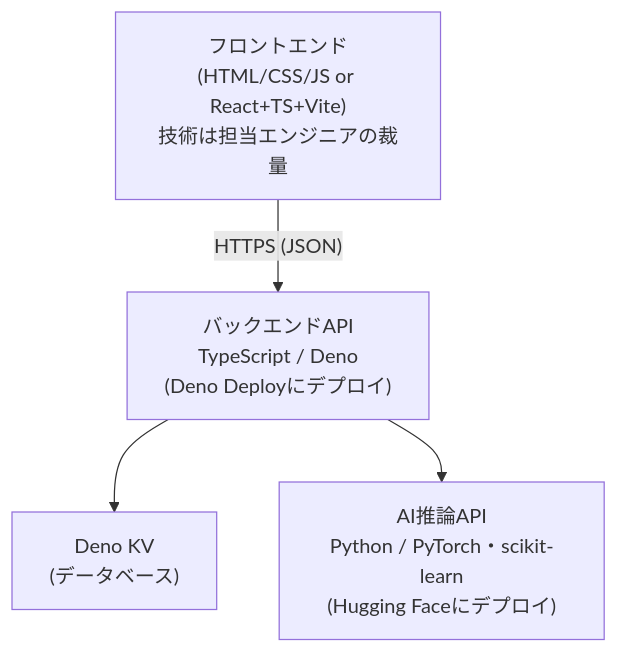
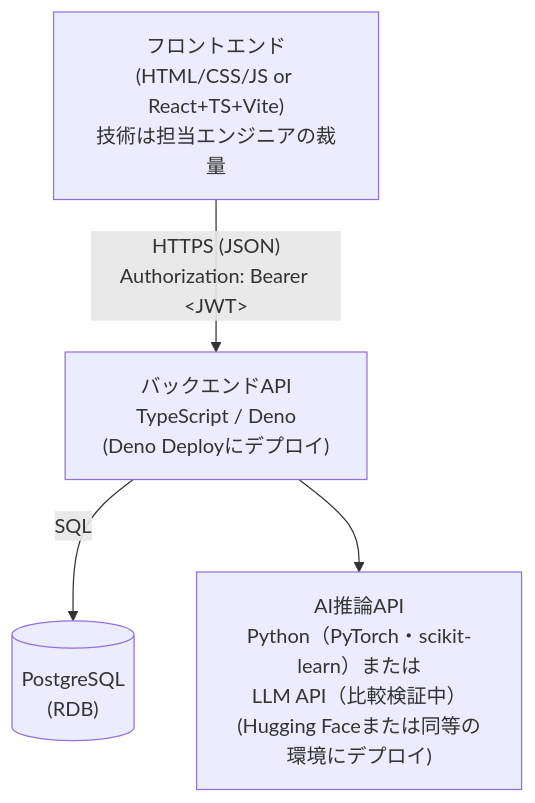
The second of 3 diagrams in docs/design_doc.md (engiiro/engiiro-app), drawn with Mermaid before and after one commit. The commit also changed other lines of this file and 1 other file, not shown here.

````diff
--- a/docs/design_doc.md
+++ b/docs/design_doc.md
@@ -158,11 +191,11 @@
 ```mermaid
 flowchart TD
     FE["フロントエンド<br/>(HTML/CSS/JS or React+TS+Vite)<br/>技術は担当エンジニアの裁量"]
     BE["バックエンドAPI<br/>TypeScript / Deno<br/>(Deno Deployにデプロイ)"]
-    DB["Deno KV<br/>(データベース)"]
-    AI["AI推論API<br/>Python / PyTorch・scikit-learn<br/>(Hugging Faceにデプロイ)"]
+    DB[("PostgreSQL<br/>(RDB)")]
+    AI["AI推論API<br/>Python（PyTorch・scikit-learn）または<br/>LLM API（比較検証中）<br/>(Hugging Faceまたは同等の環境にデプロイ)"]
 
-    FE -->|"HTTPS (JSON)"| BE
-    BE --> DB
+    FE -->|"HTTPS (JSON)<br/>Authorization: Bearer &lt;JWT&gt;"| BE
+    BE -->|"SQL"| DB
     BE --> AI
 ```
````
